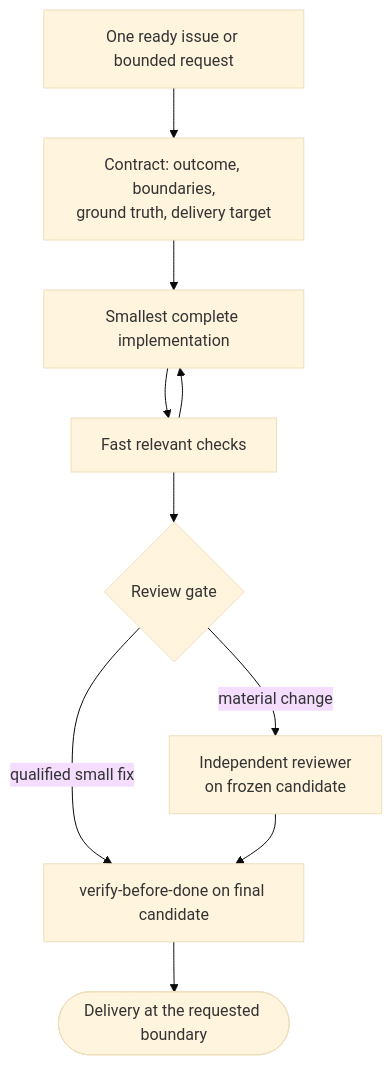
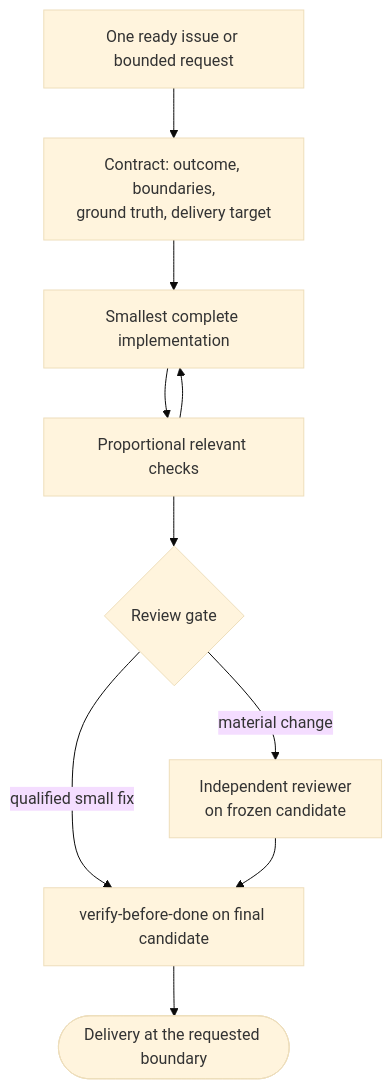
The diagram in docs-site/skills/deliver-work.md (sockulags/agent-os), drawn with Mermaid (base theme) before and after one commit. The commit also changed other lines of this file and 10 other files, not shown here.

````diff
--- a/docs-site/skills/deliver-work.md
+++ b/docs-site/skills/deliver-work.md
@@ -14,12 +14,12 @@
 ```mermaid
 flowchart TD
     A[One ready issue or bounded request] --> B[Contract: outcome, boundaries,<br>ground truth, delivery target]
     B --> C[Smallest complete implementation]
-    C --> D[Fast relevant checks]
+    C --> D[Proportional relevant checks]
     D --> C
     D --> E{Review gate}
     E -->|qualified small fix| G
     E -->|material change| F[Independent reviewer<br>on frozen candidate]
     F --> G[verify-before-done on final candidate]
     G --> H([Delivery at the requested boundary])
 ```
````
